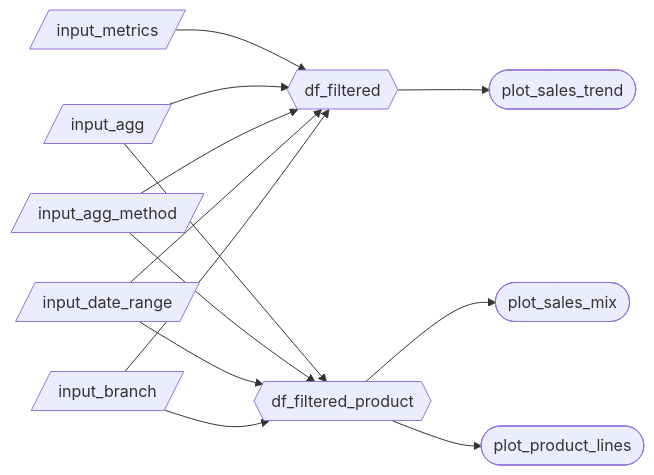
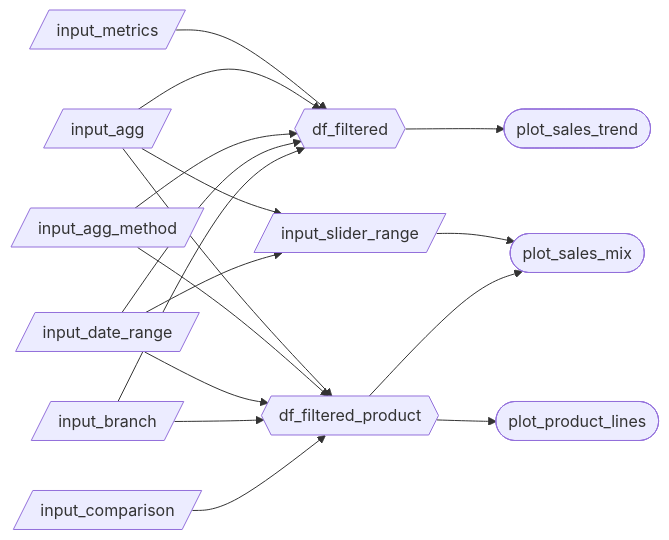
Before and after one commit to UBC-MDS/DSCI-532_2026_2_walmonitor: the diagram in reports/m2_spec.md, drawn with Mermaid. The commit also changed other lines of this file, not shown here.

Commit message:
Add input_comparison and input_slider_range to diagram and inventory

````diff
--- a/reports/m2_spec.md
+++ b/reports/m2_spec.md
@@ -22,18 +24,25 @@
 ```mermaid
 flowchart LR
   A[/input_metrics/] --> F{{df_filtered}}
   B[/input_agg/] --> F
   C[/input_agg_method/] --> F
   D[/input_date_range/] --> F
   E[/input_branch/] --> F
 
+  I[/input_slider_range/] --> P2 
+  
+  B --> I
+  D --> I
+
   F --> P1([plot_sales_trend])
 
   B --> G{{df_filtered_product}}
   C --> G
   D --> G
   E --> G
+  H[/input_comparison/] --> G
 
   G --> P2([plot_sales_mix])
-  G --> P3([plot_product_lines])  
+  G --> P3([plot_product_lines]) 
+  
 ```
````
